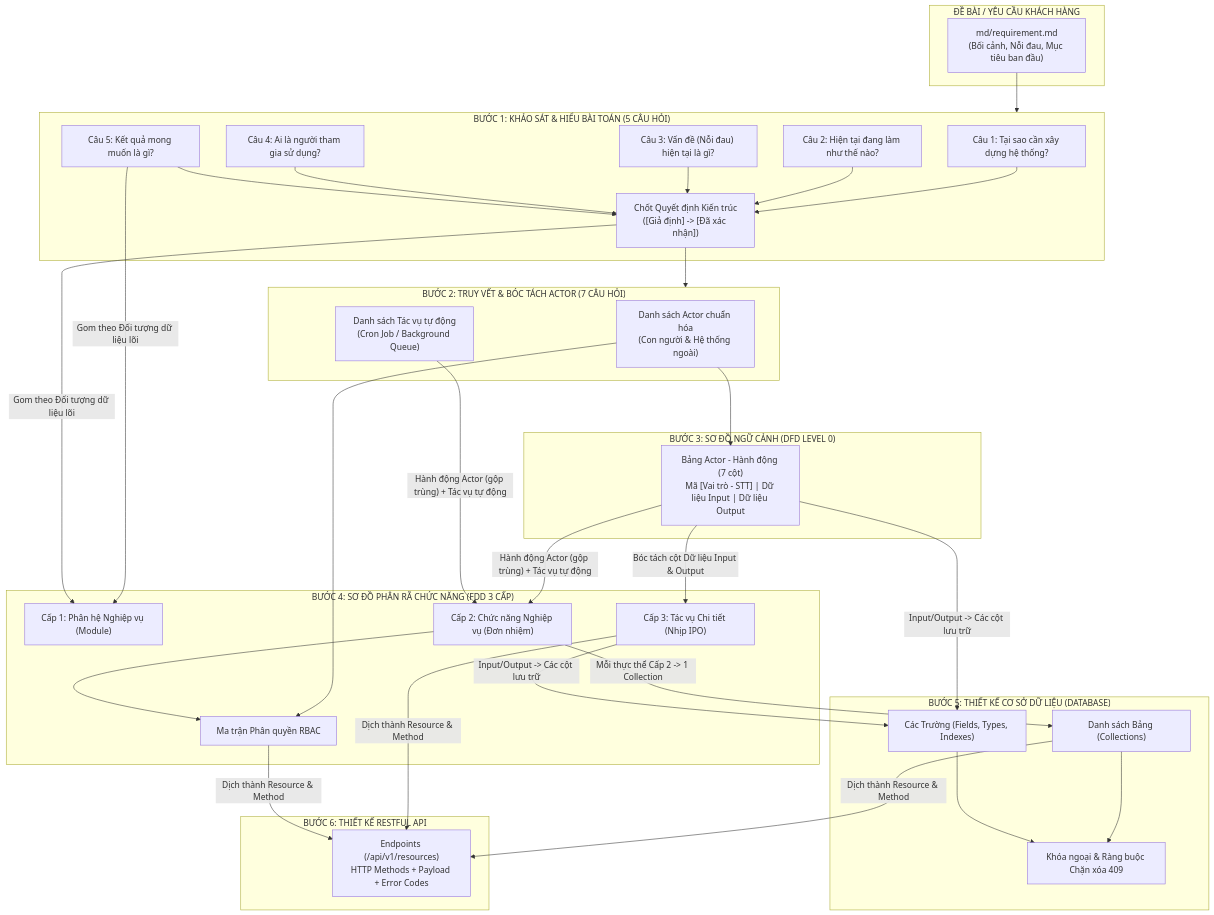
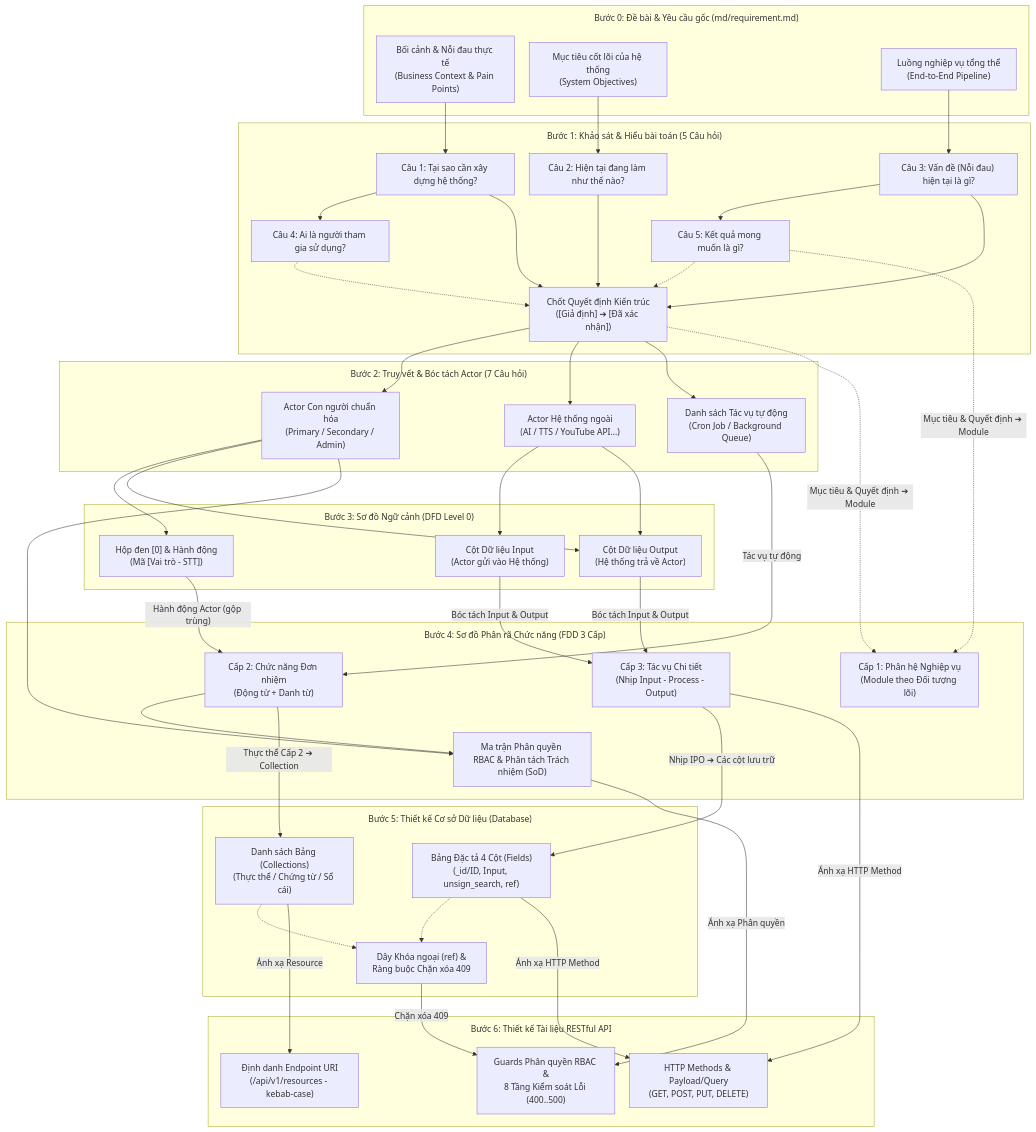
The diagram in md/analysis/SystemsThinking.md (hungnm3112/project-template), drawn with Mermaid before and after one commit. The commit also changed other lines of this file and 3 other files, not shown here.

````diff
--- a/md/analysis/SystemsThinking.md
+++ b/md/analysis/SystemsThinking.md
@@ -12,54 +12,92 @@
 ```mermaid
+%%{init: {'flowchart': {'subGraphTitleMargin': {'top': 12, 'bottom': 22}, 'nodeSpacing': 28, 'rankSpacing': 48}}}%%
 flowchart TD
-    subgraph B0["ĐỀ BÀI / YÊU CẦU KHÁCH HÀNG"]
-        REQ["md/requirement.md<br/>(Bối cảnh, Nỗi đau, Mục tiêu ban đầu)"]
+    subgraph B0["Bước 0: Đề bài & Yêu cầu gốc (md/requirement.md)"]
+        B0_1["Bối cảnh & Nỗi đau thực tế<br/>(Business Context & Pain Points)"]
+        B0_2["Mục tiêu cốt lõi của hệ thống<br/>(System Objectives)"]
+        B0_3["Luồng nghiệp vụ tổng thể<br/>(End-to-End Pipeline)"]
     end
 
-    subgraph B1["BƯỚC 1: KHẢO SÁT & HIỂU BÀI TOÁN (5 CÂU HỎI)"]
+    subgraph B1["Bước 1: Khảo sát & Hiểu bài toán (5 Câu hỏi)"]
         Q1["Câu 1: Tại sao cần xây dựng hệ thống?"]
         Q2["Câu 2: Hiện tại đang làm như thế nào?"]
         Q3["Câu 3: Vấn đề (Nỗi đau) hiện tại là gì?"]
         Q4["Câu 4: Ai là người tham gia sử dụng?"]
+        DEC["Chốt Quyết định Kiến trúc<br/>([Giả định] ➔ [Đã xác nhận])"]
         Q5["Câu 5: Kết quả mong muốn là gì?"]
-        DEC["Chốt Quyết định Kiến trúc<br/>([Giả định] -> [Đã xác nhận])"]
     end
 
-    subgraph B2["BƯỚC 2: TRUY VẾT & BÓC TÁCH ACTOR (7 CÂU HỎI)"]
-        ACT["Danh sách Actor chuẩn hóa<br/>(Con người & Hệ thống ngoài)"]
+    subgraph B2["Bước 2: Truy vết & Bóc tách Actor (7 Câu hỏi)"]
+        ACT_H["Actor Con người chuẩn hóa<br/>(Primary / Secondary / Admin)"]
+        ACT_E["Actor Hệ thống ngoài<br/>(AI / TTS / YouTube API...)"]
         CRON["Danh sách Tác vụ tự động<br/>(Cron Job / Background Queue)"]
     end
 
-    subgraph B3["BƯỚC 3: SƠ ĐỒ NGỮ CẢNH (DFD LEVEL 0)"]
-        DFD["Bảng Actor - Hành động (7 cột)<br/>Mã [Vai trò - STT] | Dữ liệu Input | Dữ liệu Output"]
+    subgraph B3["Bước 3: Sơ đồ Ngữ cảnh (DFD Level 0)"]
+        DFD_ACT["Hộp đen [0] & Hành động<br/>(Mã [Vai trò - STT])"]
+        DFD_IN["Cột Dữ liệu Input<br/>(Actor gửi vào Hệ thống)"]
+        DFD_OUT["Cột Dữ liệu Output<br/>(Hệ thống trả về Actor)"]
     end
 
-    subgraph B4["BƯỚC 4: SƠ ĐỒ PHÂN RÃ CHỨC NĂNG (FDD 3 CẤP)"]
-        FDD1["Cấp 1: Phân hệ Nghiệp vụ (Module)"]
-        FDD2["Cấp 2: Chức năng Nghiệp vụ (Đơn nhiệm)"]
-        FDD3["Cấp 3: Tác vụ Chi tiết (Nhịp IPO)"]
-        RBAC["Ma trận Phân quyền RBAC"]
+    subgraph B4["Bước 4: Sơ đồ Phân rã Chức năng (FDD 3 Cấp)"]
+        FDD1["Cấp 1: Phân hệ Nghiệp vụ<br/>(Module theo Đối tượng lõi)"]
+        FDD2["Cấp 2: Chức năng Đơn nhiệm<br/>(Động từ + Danh từ)"]
+        FDD3["Cấp 3: Tác vụ Chi tiết<br/>(Nhịp Input - Process - Output)"]
+        RBAC["Ma trận Phân quyền RBAC & Phân tách Trách nhiệm (SoD)"]
     end
 
-    subgraph B5["BƯỚC 5: THIẾT KẾ CƠ SỞ DỮ LIỆU (DATABASE)"]
-        COL["Danh sách Bảng (Collections)"]
-        FLD["Các Trường (Fields, Types, Indexes)"]
-        REL["Khóa ngoại & Ràng buộc Chặn xóa 409"]
+    subgraph B5["Bước 5: Thiết kế Cơ sở Dữ liệu (Database)"]
+        COL["Danh sách Bảng (Collections)<br/>(Thực thể / Chứng từ / Sổ cái)"]
+        FLD["Bảng Đặc tả 4 Cột (Fields)<br/>(_id/ID, Input, unsign_search, ref)"]
+        REL["Dây Khóa ngoại (ref) &<br/>Ràng buộc Chặn xóa 409"]
     end
 
-    subgraph B6["BƯỚC 6: THIẾT KẾ RESTFUL API"]
-        API["Endpoints (/api/v1/resources)<br/>HTTP Methods + Payload + Error Codes"]
+    subgraph B6["Bước 6: Thiết kế Tài liệu RESTful API"]
+        API_URI["Định danh Endpoint URI<br/>(/api/v1/resources - kebab-case)"]
+        API_MET["HTTP Methods & Payload/Query<br/>(GET, POST, PUT, DELETE)"]
+        API_ERR["Guards Phân quyền RBAC &<br/>8 Tầng Kiểm soát Lỗi (400..500)"]
     end
 
-    REQ --> B1
-    Q1 & Q2 & Q3 & Q4 & Q5 --> DEC
-    DEC --> B2
-    ACT --> DFD
-    Q5 & DEC -->|"Gom theo Đối tượng dữ liệu lõi"| FDD1
-    DFD & CRON -->|"Hành động Actor (gộp trùng) + Tác vụ tự động"| FDD2
-    DFD -->|"Bóc tách cột Dữ liệu Input & Output"| FDD3
-    ACT & FDD2 --> RBAC
-    FDD2 -->|"Mỗi thực thể Cấp 2 -> 1 Collection"| COL
-    FDD3 & DFD -->|"Input/Output -> Các cột lưu trữ"| FLD
-    COL & FLD --> REL
-    COL & FDD3 & RBAC -->|"Dịch thành Resource & Method"| API
+    %% Bước 0 -> Bước 1
+    B0_1 --> Q1
+    B0_2 --> Q2
+    B0_3 --> Q3
+    Q1 --> Q4
+    Q3 --> Q5
+    Q1 & Q2 & Q3 --> DEC
+    Q4 & Q5 -.-> DEC
+
+    %% Bước 1 -> Bước 2 (Khóa tầng độc lập dưới đáy B1)
+    Q4 ~~~ ACT_H
+    DEC --> ACT_H & ACT_E & CRON
+    Q5 ~~~ CRON
+
+    %% Bước 2 -> Bước 3 (Khóa tầng độc lập dưới đáy B2)
+    ACT_H --> DFD_ACT
+    ACT_E --> DFD_IN
+    ACT_H & ACT_E --> DFD_OUT
+    CRON ~~~ DFD_OUT
+
+    %% Bước 3 -> Bước 4 (Khóa tầng độc lập dưới đáy B3)
+    DFD_ACT ~~~ FDD1
+    DEC & Q5 -.->|"Mục tiêu & Quyết định ➔ Module"| FDD1
+    DFD_ACT -->|"Hành động Actor (gộp trùng)"| FDD2
+    CRON --->|"Tác vụ tự động"| FDD2
+    DFD_IN & DFD_OUT -->|"Bóc tách Input & Output"| FDD3
+    ACT_H ----> RBAC
+    FDD1 ~~~ RBAC
+    FDD2 --> RBAC
+    FDD3 ~~~ RBAC
+
+    %% Bước 4 -> Bước 5 (Khóa tầng độc lập dưới RBAC của B4)
+    RBAC ~~~ COL & FLD & REL
+    FDD2 --->|"Thực thể Cấp 2 ➔ Collection"| COL
+    FDD3 --->|"Nhịp IPO ➔ Các cột lưu trữ"| FLD
+    COL & FLD -.-> REL
+
+    %% Bước 5 -> Bước 6 (Khóa tầng độc lập dưới đáy B5)
+    COL -->|"Ánh xạ Resource"| API_URI
+    FLD & FDD3 --->|"Ánh xạ HTTP Method"| API_MET
+    REL -->|"Chặn xóa 409"| API_ERR
+    RBAC --->|"Ánh xạ Phân quyền"| API_ERR
 ```
````
